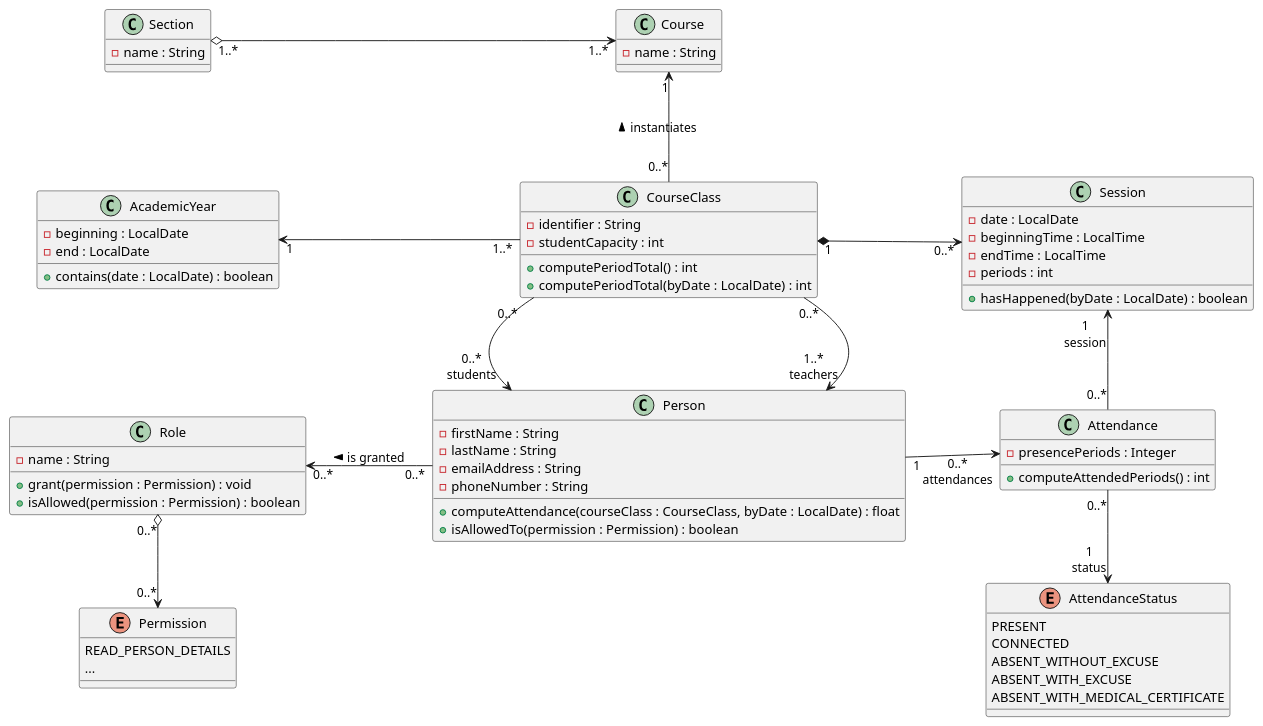
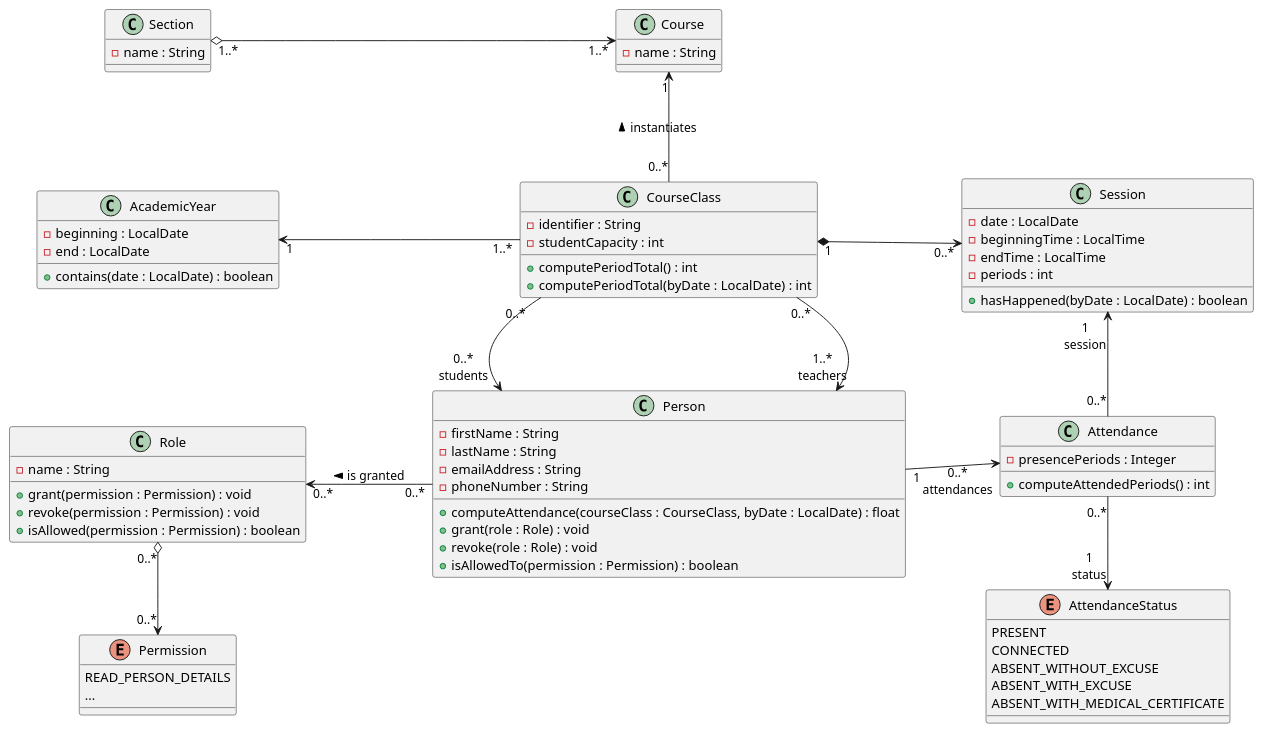
The diagram in demo-course_attendance.puml (EAFC-Uccle-PROJINT-A1-2122/backend-projet-froland), drawn with PlantUML before and after one commit. The commit also changed 5 other files, not shown here.

```diff
--- a/demo-course_attendance.puml
+++ b/demo-course_attendance.puml
@@ -1,69 +1,72 @@
 @startuml conception_classes
 left to right direction
 skinparam nodesep 100
 
 class Section {
   -name : String
 }
 class Course {
   -name : String
 }
 class AcademicYear {
   -beginning : LocalDate
   -end : LocalDate
   +contains(date : LocalDate) : boolean
 }
 enum Permission {
   READ_PERSON_DETAILS
   ...
 }
 class Role {
   -name : String
   +grant(permission : Permission) : void
+  +revoke(permission : Permission) : void
   +isAllowed(permission : Permission) : boolean
 }
 class Person {
   -firstName : String
   -lastName : String
   -emailAddress : String
   -phoneNumber : String
   +computeAttendance(courseClass : CourseClass, byDate : LocalDate) : float
+  +grant(role : Role) : void
+  +revoke(role : Role) : void
   +isAllowedTo(permission : Permission) : boolean
 }
 class Session {
   -date : LocalDate
   -beginningTime : LocalTime
   -endTime : LocalTime
   -periods : int
   +hasHappened(byDate : LocalDate) : boolean
 }
 class Attendance {
   -presencePeriods : Integer
   +computeAttendedPeriods() : int
 }
 enum AttendanceStatus {
   PRESENT
   CONNECTED
   ABSENT_WITHOUT_EXCUSE
   ABSENT_WITH_EXCUSE
   ABSENT_WITH_MEDICAL_CERTIFICATE
 }
 class CourseClass {
   -identifier : String
   -studentCapacity : int
   +computePeriodTotal() : int
   +computePeriodTotal(byDate : LocalDate) : int
 }
 
 Section "1..*" o--> "1..*" Course
 Course "1" <- "0..*" CourseClass : instantiates <
 AcademicYear "1" <-- "1..*" CourseClass
 CourseClass "0..*" -> "1..*\nteachers" Person
 CourseClass "0..*" -> "0..*\nstudents" Person
 CourseClass "1" *--> "0..*" Session
 Role "0..*" <-- "0..*" Person : is granted <
 Role "0..*" o-> "0..*" Permission
 Person "1" --> "0..*\nattendances" Attendance
 Session "1\nsession" <- "0..*" Attendance
 Attendance "0..*" -> "1\nstatus" AttendanceStatus
 @enduml
```
